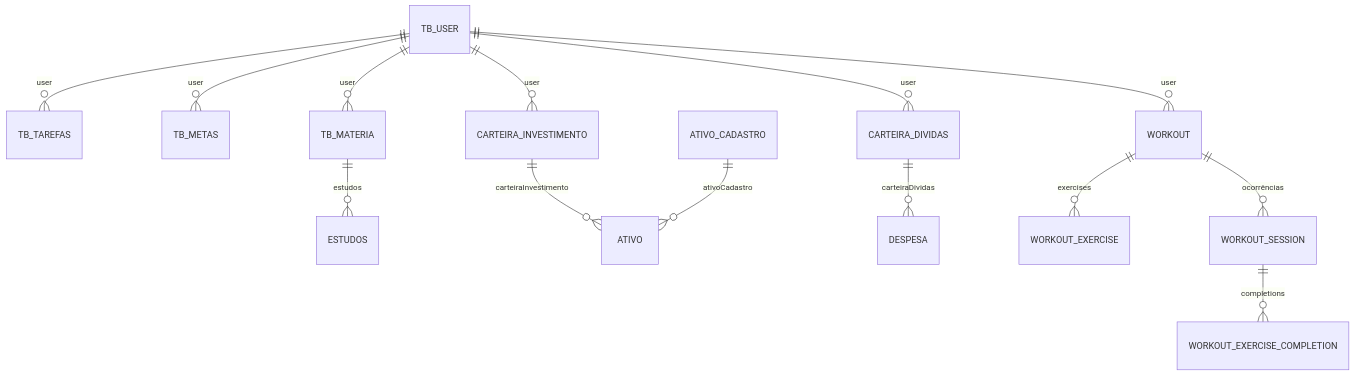
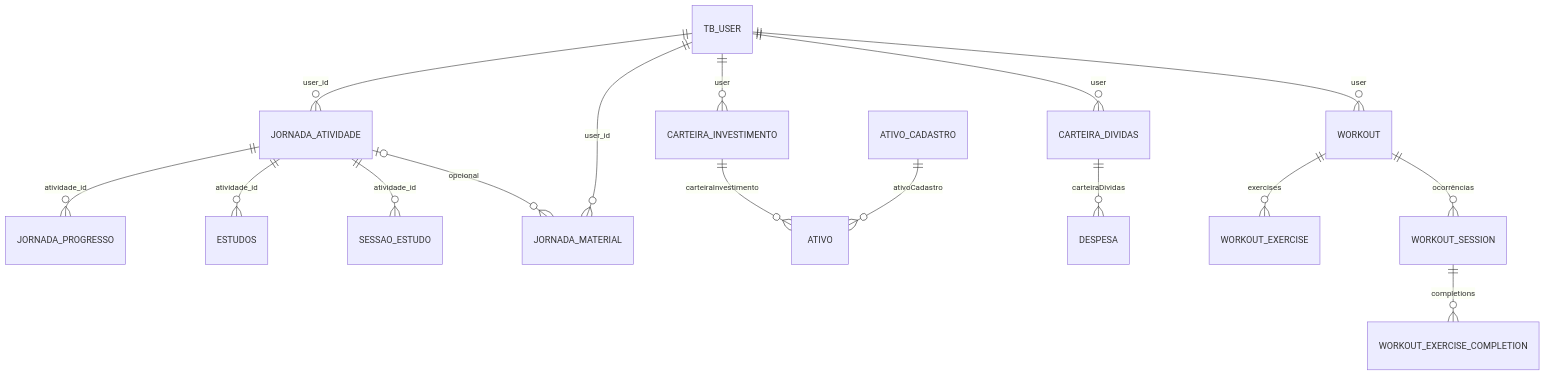
One commit to LzGuimaraes/FocusLife changed the third of 3 diagrams in README.md. Above: the diagram before and after it, drawn with Mermaid. The commit also changed other lines of this file and 54 other files, not shown here.

Commit message:
feat(jornadas): unificar atividades, progresso e estudos

````diff
--- a/README.md
+++ b/README.md
@@ -188,16 +183,18 @@
 ```mermaid
 erDiagram
-    TB_USER ||--o{ TB_TAREFAS : "user"
-    TB_USER ||--o{ TB_METAS : "user"
-    TB_USER ||--o{ TB_MATERIA : "user"
-    TB_MATERIA ||--o{ ESTUDOS : "estudos"
+    TB_USER ||--o{ JORNADA_ATIVIDADE : "user_id"
+    JORNADA_ATIVIDADE ||--o{ JORNADA_PROGRESSO : "atividade_id"
+    JORNADA_ATIVIDADE ||--o{ ESTUDOS : "atividade_id"
+    JORNADA_ATIVIDADE ||--o{ SESSAO_ESTUDO : "atividade_id"
+    TB_USER ||--o{ JORNADA_MATERIAL : "user_id"
+    JORNADA_ATIVIDADE |o--o{ JORNADA_MATERIAL : "opcional"
     TB_USER ||--o{ CARTEIRA_INVESTIMENTO : "user"
     TB_USER ||--o{ CARTEIRA_DIVIDAS : "user"
     CARTEIRA_INVESTIMENTO ||--o{ ATIVO : "carteiraInvestimento"
     CARTEIRA_DIVIDAS ||--o{ DESPESA : "carteiraDividas"
     ATIVO_CADASTRO ||--o{ ATIVO : "ativoCadastro"
     TB_USER ||--o{ WORKOUT : "user"
     WORKOUT ||--o{ WORKOUT_EXERCISE : "exercises"
     WORKOUT ||--o{ WORKOUT_SESSION : "ocorrências"
     WORKOUT_SESSION ||--o{ WORKOUT_EXERCISE_COMPLETION : "completions"
 ```
````
